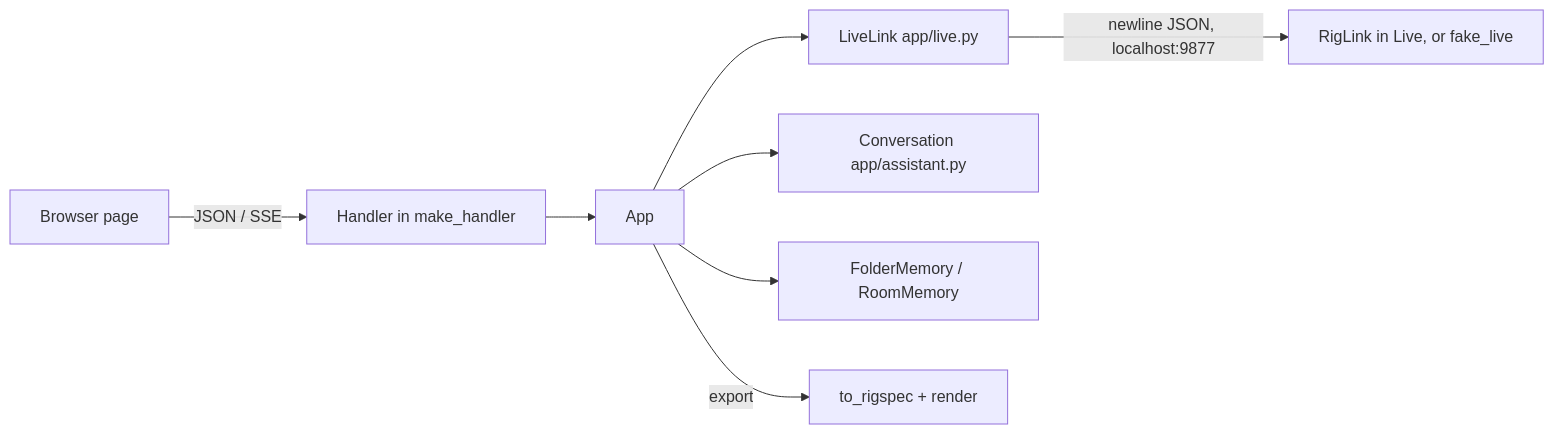
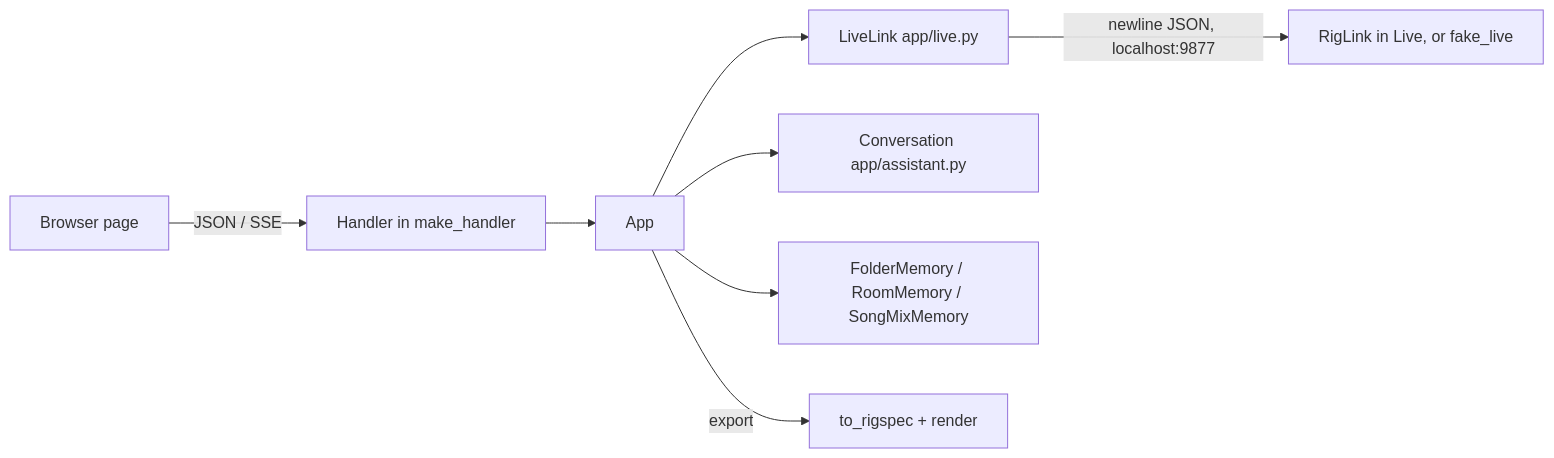
Before and after one commit to BenCurrie42/hackathon_2026: the diagram in docs/documentation/web-server-api.md, drawn with Mermaid. The commit also changed other lines of this file and 19 other files, not shown here.

````diff
--- a/docs/documentation/web-server-api.md
+++ b/docs/documentation/web-server-api.md
@@ -37,10 +37,10 @@
 ```mermaid
 flowchart LR
   Page[Browser page] -->|JSON / SSE| H[Handler in make_handler]
   H --> A[App]
   A --> L[LiveLink app/live.py]
   A --> C[Conversation app/assistant.py]
-  A --> F[FolderMemory / RoomMemory]
+  A --> F[FolderMemory / RoomMemory / SongMixMemory]
   L -->|newline JSON, localhost:9877| R[RigLink in Live, or fake_live]
   A -->|export| W[to_rigspec + render]
 ```
````
